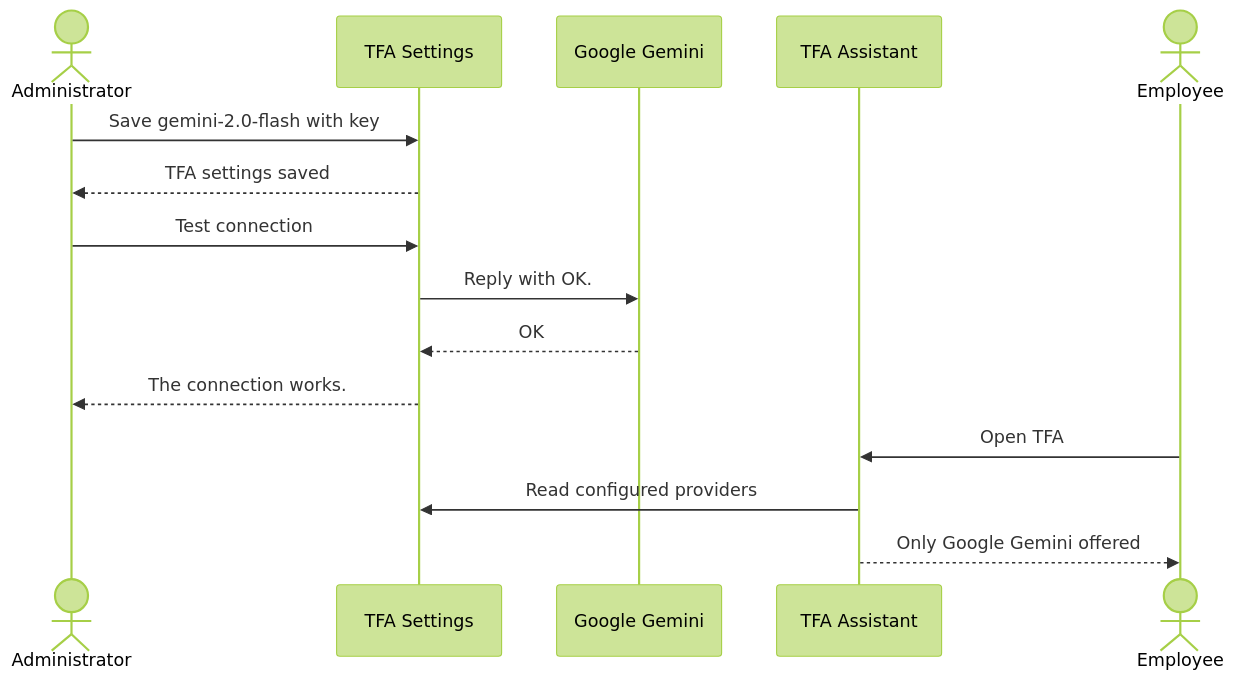
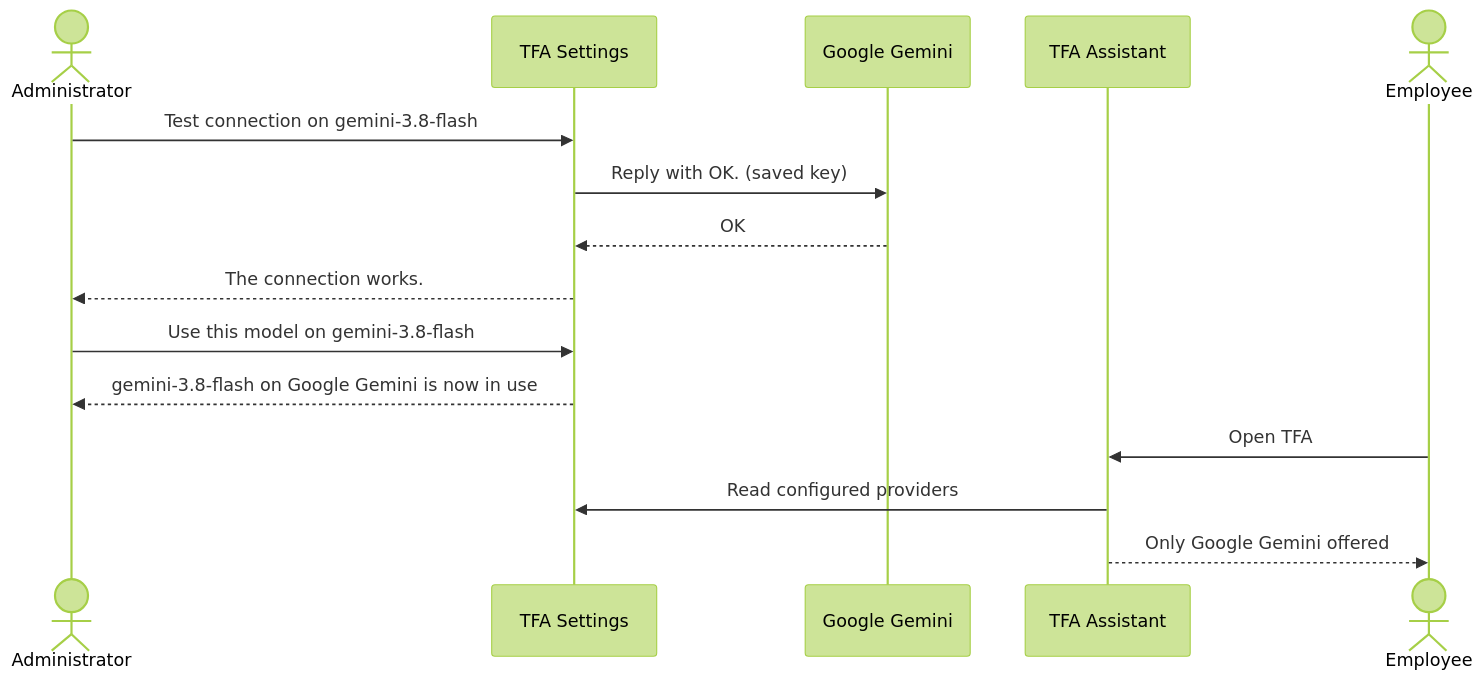
The sixth of 6 diagrams in TF - Documents/TF - FRD/06-Settings/06.3-TFA-Settings/FRD-TFA-Settings.md (jojogeorge3344/TaskFlow-Project), drawn with Mermaid (forest theme) before and after one commit. The commit also changed other lines of this file and 103 other files, not shown here.

First line of the commit message:
feat(tfa): add AI model page, model ID check, read-only model list and edit

````diff
--- a/TF - Documents/TF - FRD/06-Settings/06.3-TFA-Settings/FRD-TFA-Settings.md
+++ b/TF - Documents/TF - FRD/06-Settings/06.3-TFA-Settings/FRD-TFA-Settings.md
@@ -339,17 +432,17 @@
 ```mermaid
 sequenceDiagram
   actor A as Administrator
   participant S as TFA Settings
   participant G as Google Gemini
   participant T as TFA Assistant
   actor E as Employee
-  A->>S: Save gemini-2.0-flash with key
-  S-->>A: TFA settings saved
-  A->>S: Test connection
-  S->>G: Reply with OK.
+  A->>S: Test connection on gemini-3.8-flash
+  S->>G: Reply with OK. (saved key)
   G-->>S: OK
   S-->>A: The connection works.
+  A->>S: Use this model on gemini-3.8-flash
+  S-->>A: gemini-3.8-flash on Google Gemini is now in use
   E->>T: Open TFA
   T->>S: Read configured providers
   T-->>E: Only Google Gemini offered
 ```
````
